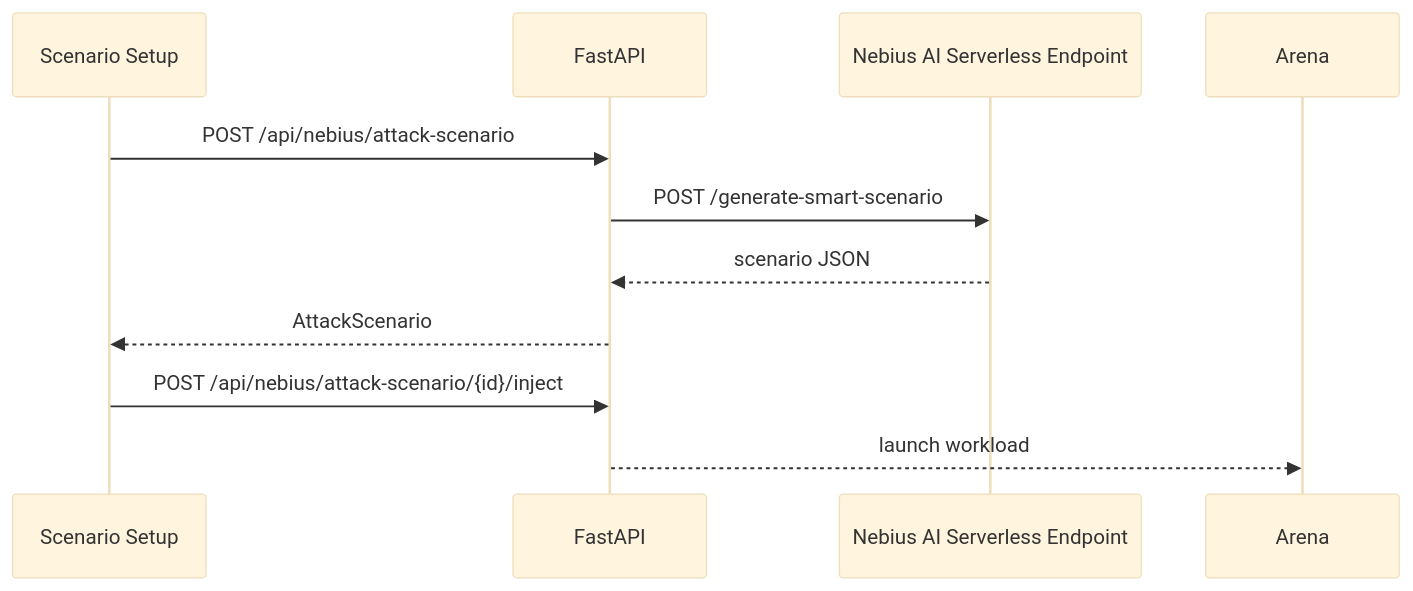
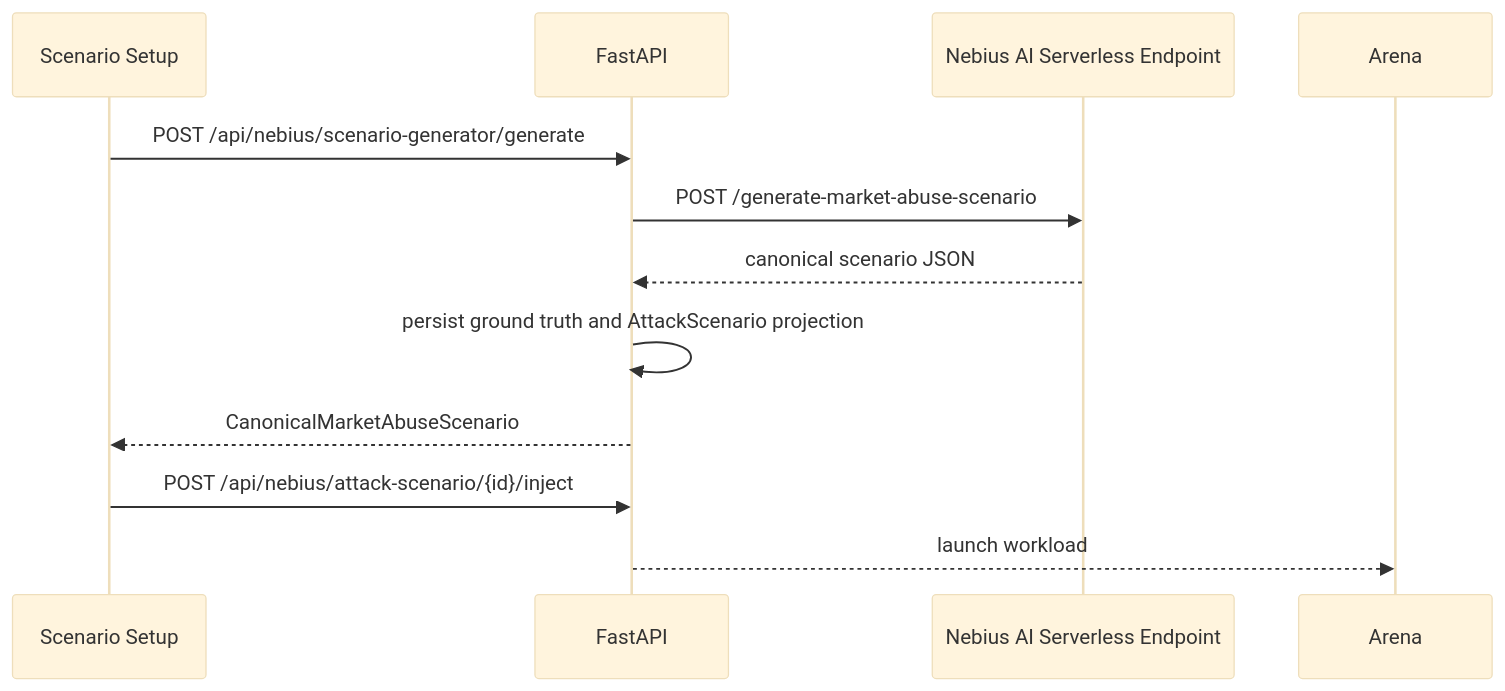
The second of 3 diagrams in docs/use-cases/nebius-serverless-use-cases.md (khab40/aimada), drawn with Mermaid (base theme) before and after one commit. The commit also changed other lines of this file and 33 other files, not shown here.

````diff
--- a/docs/use-cases/nebius-serverless-use-cases.md
+++ b/docs/use-cases/nebius-serverless-use-cases.md
@@ -93,14 +95,15 @@
 ```mermaid
 sequenceDiagram
     participant UI as Scenario Setup
     participant API as FastAPI
     participant Endpoint as Nebius AI Serverless Endpoint
     participant Arena as Arena
 
-    UI->>API: POST /api/nebius/attack-scenario
-    API->>Endpoint: POST /generate-smart-scenario
-    Endpoint-->>API: scenario JSON
-    API-->>UI: AttackScenario
+    UI->>API: POST /api/nebius/scenario-generator/generate
+    API->>Endpoint: POST /generate-market-abuse-scenario
+    Endpoint-->>API: canonical scenario JSON
+    API->>API: persist ground truth and AttackScenario projection
+    API-->>UI: CanonicalMarketAbuseScenario
     UI->>API: POST /api/nebius/attack-scenario/{id}/inject
     API-->>Arena: launch workload
 ```
````
